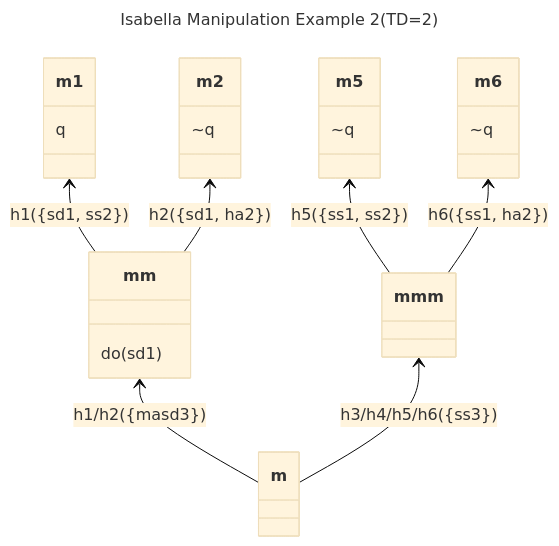
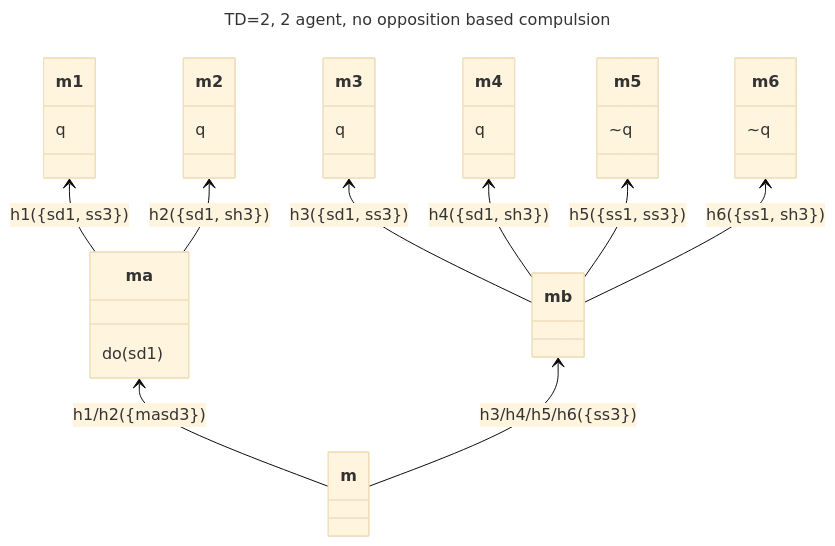
One commit to bparsia/alon-streamlit-app changed the fourth of 4 diagrams in docs/multistep.md. Above: the diagram before and after it, drawn with Mermaid (base theme). The commit also changed other lines of this file and 44 other files, not shown here.

````diff
--- a/docs/multistep.md
+++ b/docs/multistep.md
@@ -149,53 +216,52 @@
 ```mermaid
 ---
-title: Isabella Manipulation Example 2(TD=2)
-description: In this case, Alice doesn't shoot Dan *unless* Isabella manipulates her into it.
+title: TD=2, 2 agent, no opposition based compulsion
 type: DBT
 actions:
   1:
     - sd
     - ss
-  2:
-    - ss
-    - ha
   3:
     - ss
+    - sh
     - masd
-opposings:
-  sd1:
-    - ha2
-aliases:
-  1: Alice
-  2: Beth
-  3: Isabella
-  sd: shoots Dan
-  ss: stands still
-  ha: hits Alice
-  masd: manipulates Alice into shooting Dan
-  q: Dan dies
 
-evaluate:
+res_analyse:
   - - m/h1
     - do(sd1)
-  - - mm/h1
+  - - m/h2
+    - do(sd1)
+  - - ma/h1
     - q
+  - - ma/h2
+    - q
+  - - mb/h3
+    - q
+  - - mb/h4
+    - q
+  - - m/h3
+    - do(sd1)
+  - - m/h1
+    - Xq
+  - - m/h3
+    - Xq
 ---
 classDiagram
 direction BT
 
-  m --> mm : h1/h2({masd3})
-  m --> mmm : h3/h4/h5/h6({ss3})
-
-  mm --> m1 : h1({sd1, ss2})
-  mm --> m2 : h2({sd1, ha2})
-
-  mmm --> m5 : h5({ss1, ss2})
-  mmm --> m6 : h6({ss1, ha2})
-
-  mm: do(sd1)
+  m --> ma : h1/h2({masd3})
+  ma --> m1: h1({sd1, ss3})
+  ma --> m2: h2({sd1, sh3})
+  m --> mb: h3/h4/h5/h6({ss3})
+  mb --> m3: h3({sd1, ss3})
+  mb --> m4: h4({sd1, sh3})
+  mb --> m5: h5({ss1, ss3})
+  mb --> m6: h6({ss1, sh3})
+  ma: do(sd1)
   m1: q
-  m2: ~q
+  m2: q
+  m3: q
+  m4: q
   m5: ~q
   m6: ~q
-
 ```
````
